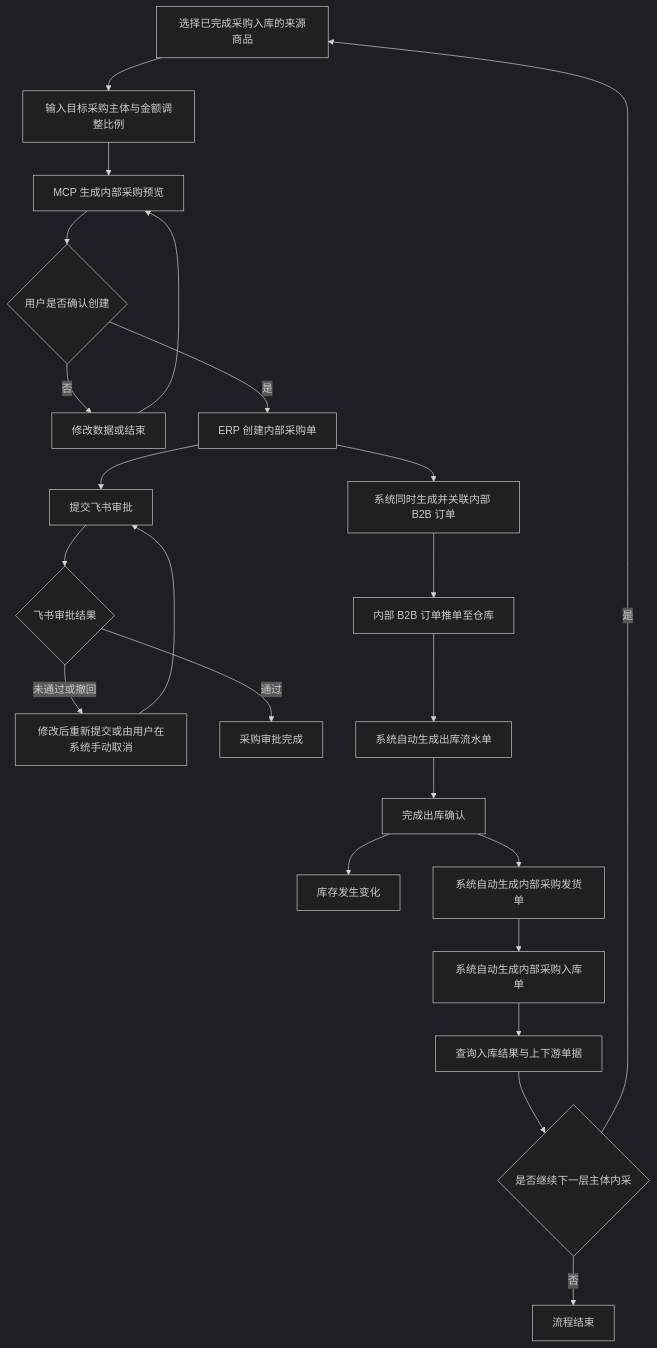
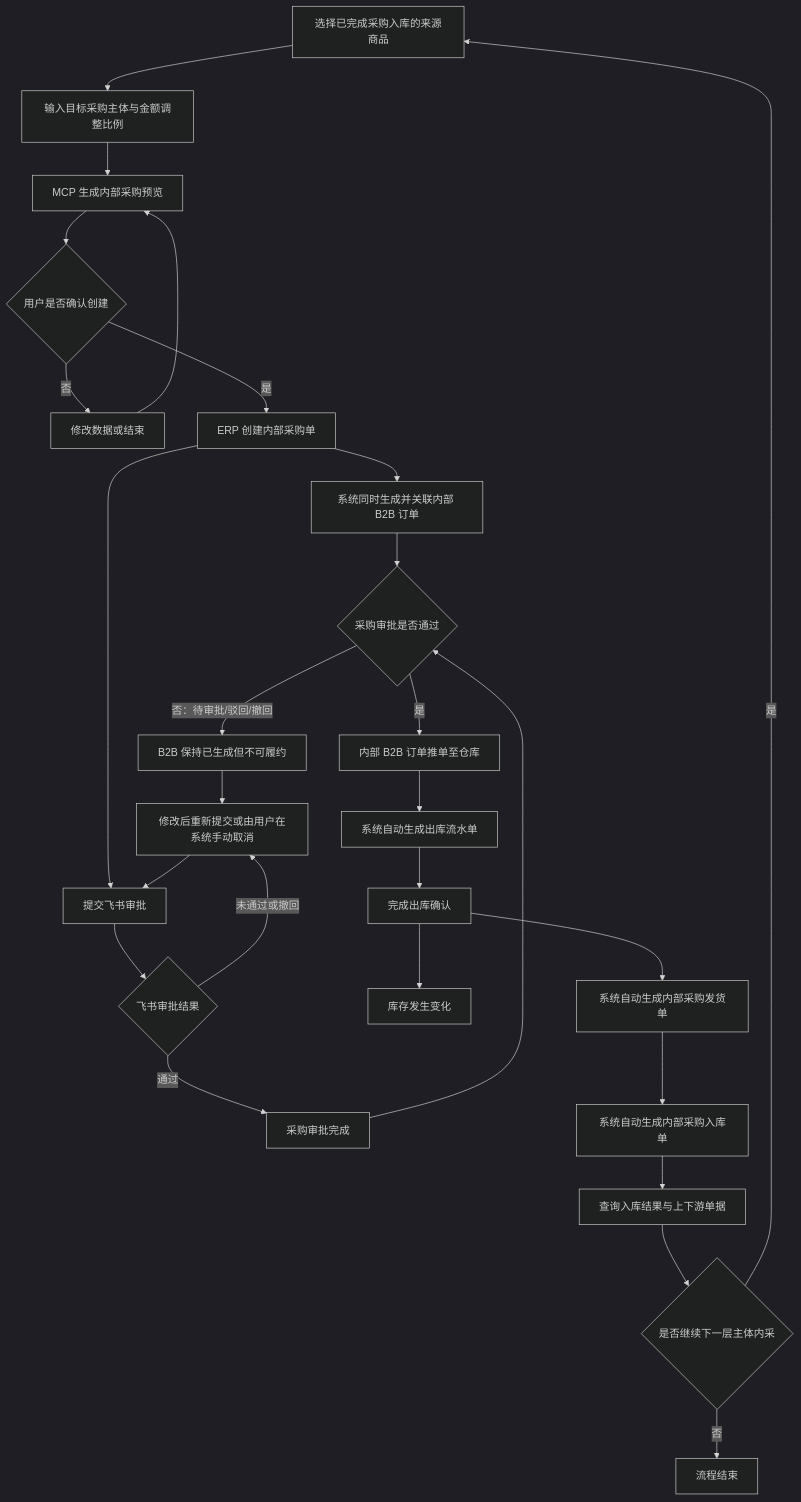
One commit to arlo-hello/erp-ai-docs-arlo changed the diagram in docs/v0.28.7/tasks/0205/prd-feishu.md. Above: the diagram before and after it, drawn with Mermaid (dark theme). The commit also changed other lines of this file, not shown here.

````diff
--- a/docs/v0.28.7/tasks/0205/prd-feishu.md
+++ b/docs/v0.28.7/tasks/0205/prd-feishu.md
@@ -25,26 +25,30 @@
 ```mermaid
 flowchart TB
   S0[选择已完成采购入库的来源商品]
   S0 --> S1[输入目标采购主体与金额调整比例]
   S1 --> S2[MCP 生成内部采购预览]
   S2 --> S3{用户是否确认创建}
   S3 -->|否| S4[修改数据或结束]
   S4 --> S2
   S3 -->|是| S5[ERP 创建内部采购单]
   S5 --> S6[系统同时生成并关联内部 B2B 订单]
   S5 --> S7[提交飞书审批]
   S7 --> S8{飞书审批结果}
   S8 -->|未通过或撤回| S9[修改后重新提交或由用户在系统手动取消]
   S9 --> S7
   S8 -->|通过| S10[采购审批完成]
-  S6 --> S11[内部 B2B 订单推单至仓库]
+  S6 --> G{采购审批是否通过}
+  S10 --> G
+  G -->|否：待审批/驳回/撤回| G1[B2B 保持已生成但不可履约]
+  G1 --> S9
+  G -->|是| S11[内部 B2B 订单推单至仓库]
   S11 --> S12[系统自动生成出库流水单]
   S12 --> S13[完成出库确认]
   S13 --> S14[库存发生变化]
   S13 --> S15[系统自动生成内部采购发货单]
   S15 --> S16[系统自动生成内部采购入库单]
   S16 --> S17[查询入库结果与上下游单据]
   S17 --> S18{是否继续下一层主体内采}
   S18 -->|是| S0
   S18 -->|否| S19[流程结束]
 ```
````
